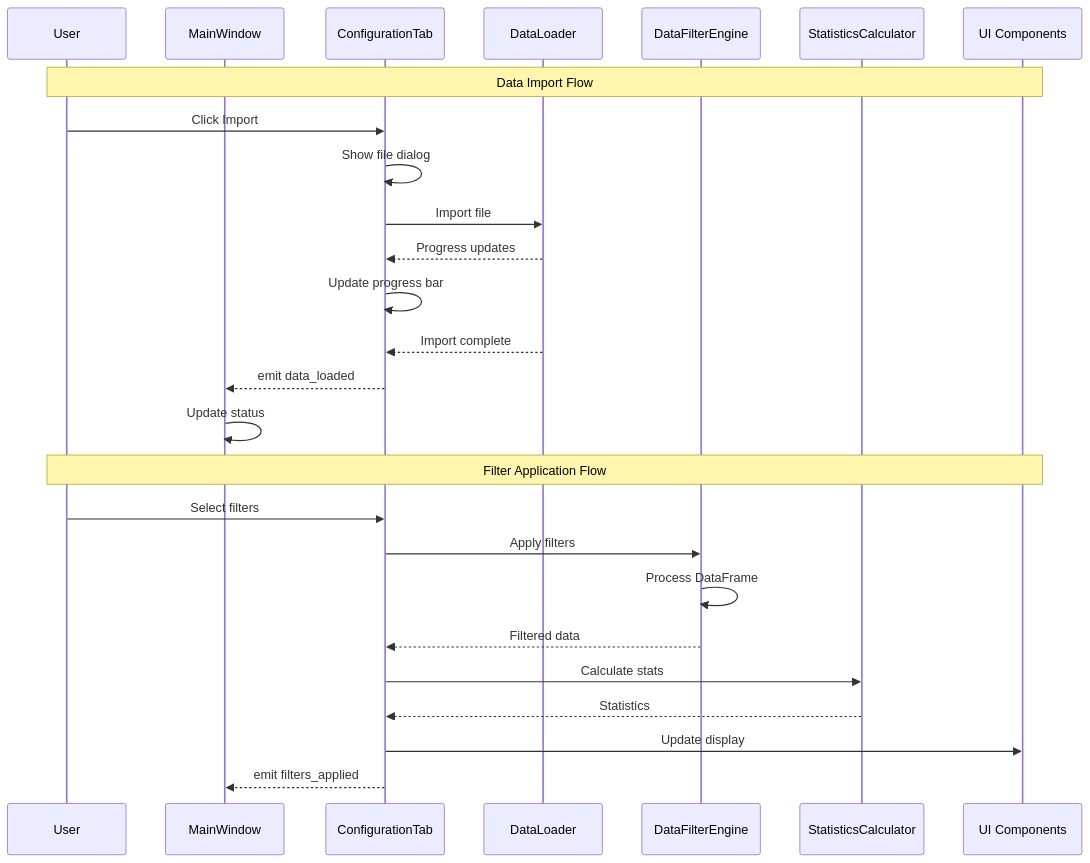
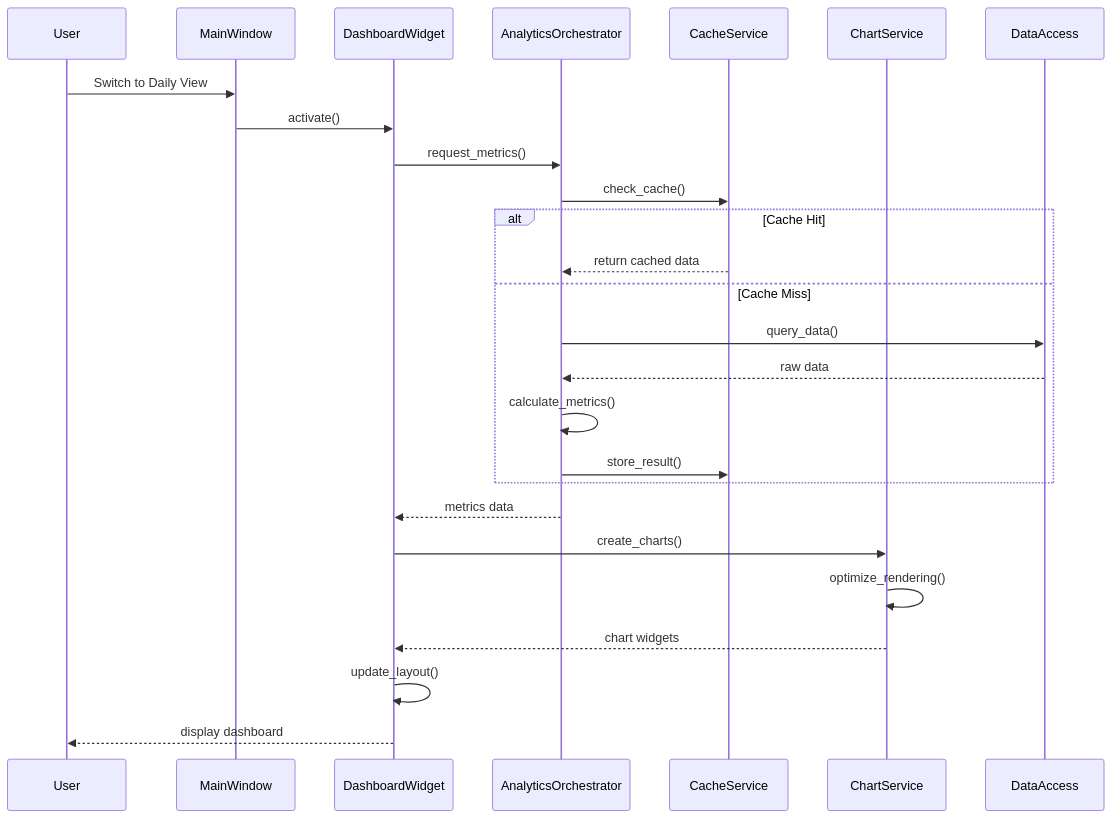
The fifth of 5 diagrams in docs/architecture/class_diagrams/service_layer.md (AlexFiliakov/iQuest), drawn with Mermaid before and after one commit. The commit also changed other lines of this file and 7 other files, not shown here.

First line of the commit message:
docs: add comprehensive mermaid architecture diagrams

````diff
--- a/docs/architecture/class_diagrams/service_layer.md
+++ b/docs/architecture/class_diagrams/service_layer.md
@@ -544,30 +316,31 @@
 ```mermaid
 sequenceDiagram
     participant User
     participant MainWindow
-    participant ConfigTab as ConfigurationTab
-    participant DataLoader
-    participant FilterEngine as DataFilterEngine
-    participant StatsCalc as StatisticsCalculator
-    participant UI as UI Components
-
-    Note over User,UI: Data Import Flow
-    User->>ConfigTab: Click Import
-    ConfigTab->>ConfigTab: Show file dialog
-    ConfigTab->>DataLoader: Import file
-    DataLoader-->>ConfigTab: Progress updates
-    ConfigTab->>ConfigTab: Update progress bar
-    DataLoader-->>ConfigTab: Import complete
-    ConfigTab-->>MainWindow: emit data_loaded
-    MainWindow->>MainWindow: Update status
-
-    Note over User,UI: Filter Application Flow
-    User->>ConfigTab: Select filters
-    ConfigTab->>FilterEngine: Apply filters
-    FilterEngine->>FilterEngine: Process DataFrame
-    FilterEngine-->>ConfigTab: Filtered data
-    ConfigTab->>StatsCalc: Calculate stats
-    StatsCalc-->>ConfigTab: Statistics
-    ConfigTab->>UI: Update display
-    ConfigTab-->>MainWindow: emit filters_applied
+    participant DashboardWidget
+    participant AnalyticsOrchestrator
+    participant CacheService
+    participant ChartService
+    participant DataAccess
+    
+    User->>MainWindow: Switch to Daily View
+    MainWindow->>DashboardWidget: activate()
+    DashboardWidget->>AnalyticsOrchestrator: request_metrics()
+    
+    AnalyticsOrchestrator->>CacheService: check_cache()
+    alt Cache Hit
+        CacheService-->>AnalyticsOrchestrator: return cached data
+    else Cache Miss
+        AnalyticsOrchestrator->>DataAccess: query_data()
+        DataAccess-->>AnalyticsOrchestrator: raw data
+        AnalyticsOrchestrator->>AnalyticsOrchestrator: calculate_metrics()
+        AnalyticsOrchestrator->>CacheService: store_result()
+    end
+    
+    AnalyticsOrchestrator-->>DashboardWidget: metrics data
+    DashboardWidget->>ChartService: create_charts()
+    ChartService->>ChartService: optimize_rendering()
+    ChartService-->>DashboardWidget: chart widgets
+    DashboardWidget->>DashboardWidget: update_layout()
+    DashboardWidget-->>User: display dashboard
 ```
````
